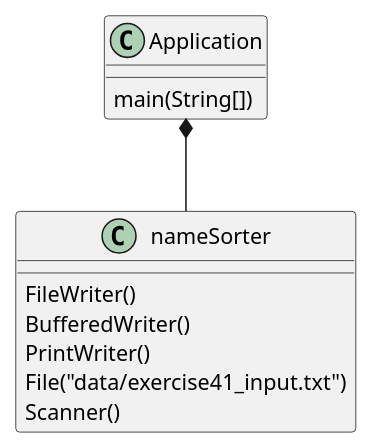
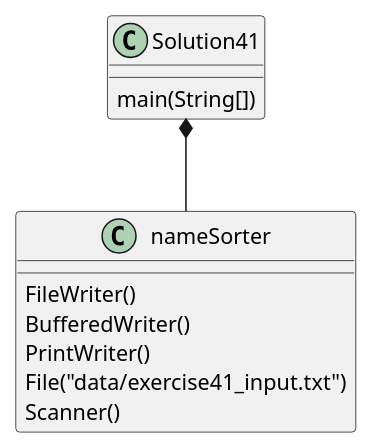
One commit to MohitBallikar/Ballikar-a04 changed the diagram in exercise41/docs/exercise41.puml. Above: the diagram before and after it, drawn with PlantUML.

Commit message:
fixed issue with uml

```diff
--- a/exercise41/docs/exercise41.puml
+++ b/exercise41/docs/exercise41.puml
@@ -1,16 +1,16 @@
 @startuml
-class Application {
+class Solution41 {
     main(String[])
 }
 
-Application *-- nameSorter
+Solution41 *-- nameSorter
 
  class nameSorter{
  FileWriter()
  BufferedWriter()
  PrintWriter()
  File("data/exercise41_input.txt")
  Scanner()
  }
 
 @enduml
```
